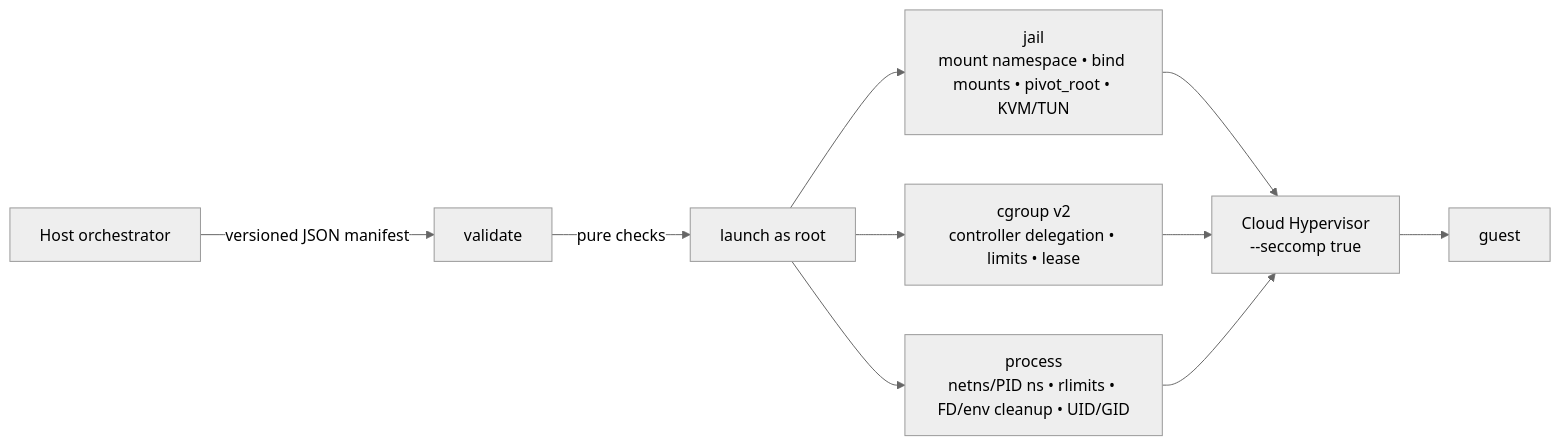
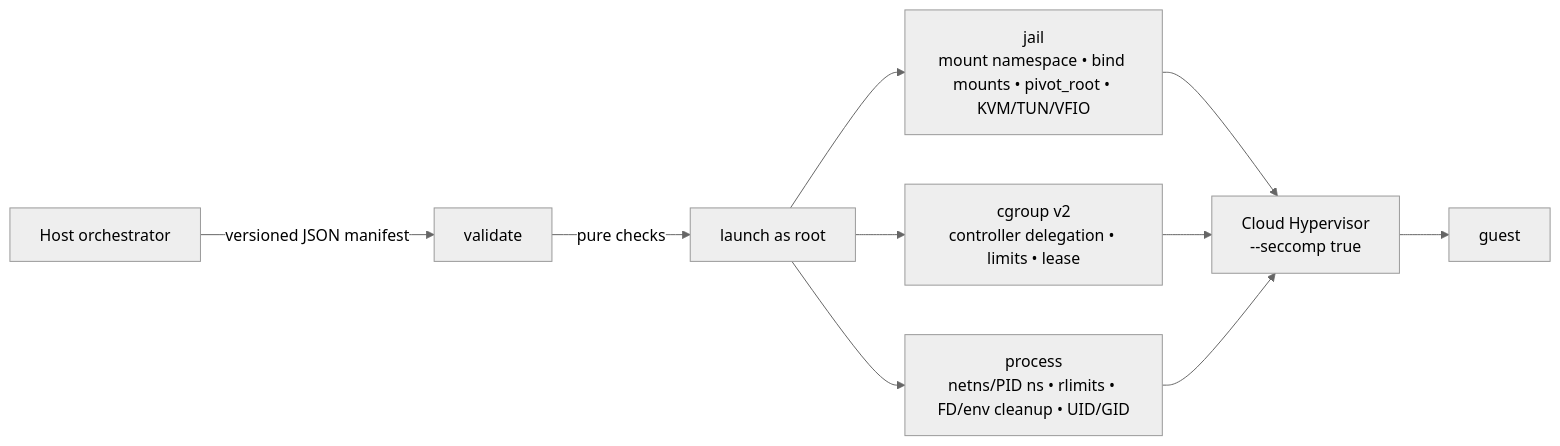
Before and after one commit to spinupdev/cloud-hypervisor-jailer: the first of 2 diagrams in README.md, drawn with Mermaid (neutral theme). The commit also changed other lines of this file and 7 other files, not shown here.

````diff
--- a/README.md
+++ b/README.md
@@ -32,12 +34,12 @@
 ```mermaid
 flowchart LR
   O["Host orchestrator"] -->|"versioned JSON manifest"| V["validate"]
   V -->|"pure checks"| L["launch as root"]
-  L --> J["jail\nmount namespace • bind mounts • pivot_root • KVM/TUN"]
+  L --> J["jail\nmount namespace • bind mounts • pivot_root • KVM/TUN/VFIO"]
   L --> C["cgroup v2\ncontroller delegation • limits • lease"]
   L --> P["process\nnetns/PID ns • rlimits • FD/env cleanup • UID/GID"]
   J --> CH["Cloud Hypervisor\n--seccomp true"]
   C --> CH
   P --> CH
   CH --> G["guest"]
 ```
````
